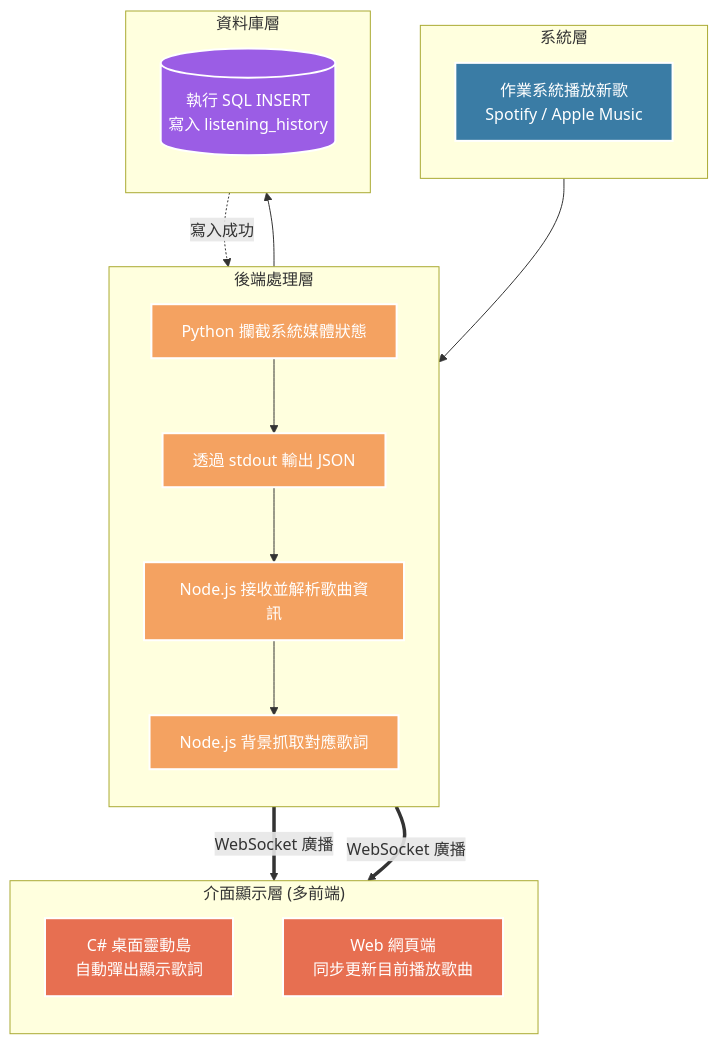
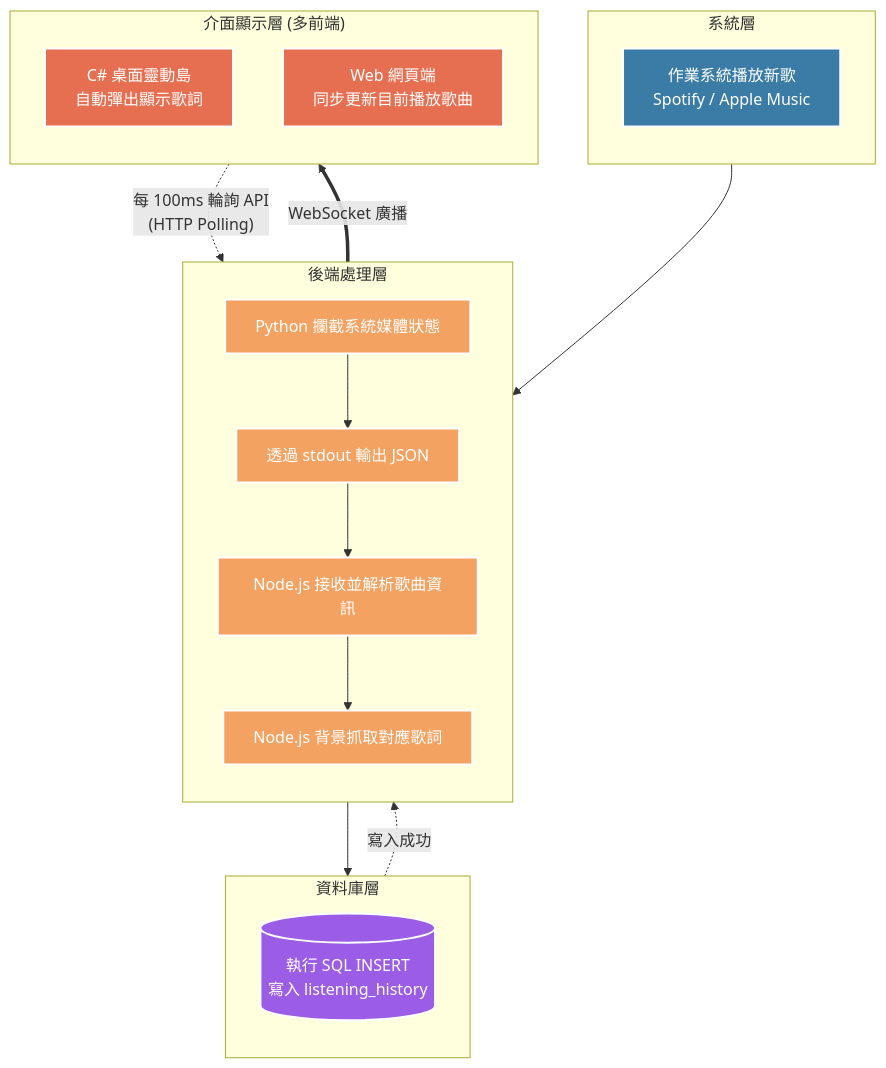
Before and after one commit to bensionfang/Kanaric: the second of 5 diagrams in README.md, drawn with Mermaid. The commit also changed other lines of this file, not shown here.

Commit message:
docs: clarify that web app uses HTTP polling while island uses websocket

````diff
--- a/README.md
+++ b/README.md
@@ -61,40 +61,40 @@
 ```mermaid
 flowchart TD
     classDef frontend fill:#3a7ca5,stroke:#fff,stroke-width:2px,color:#fff
     classDef backend fill:#f4a261,stroke:#fff,stroke-width:2px,color:#fff
     classDef database fill:#9b5de5,stroke:#fff,stroke-width:2px,color:#fff
     classDef display fill:#e76f51,stroke:#fff,stroke-width:2px,color:#fff
 
     subgraph OS ["系統層"]
         direction TB
         Start["作業系統播放新歌<br>Spotify / Apple Music"]:::frontend
     end
 
     subgraph Backend ["後端處理層"]
         direction TB
         Py["Python 攔截系統媒體狀態"]:::backend
         PyJSON["透過 stdout 輸出 JSON"]:::backend
         Node["Node.js 接收並解析歌曲資訊"]:::backend
         Fetch["Node.js 背景抓取對應歌詞"]:::backend
     end
 
     subgraph DB ["資料庫層"]
         direction TB
         InsertSQL[("執行 SQL INSERT<br>寫入 listening_history")]:::database
     end
 
     subgraph UI ["介面顯示層 (多前端)"]
         direction TB
         Island["C# 桌面靈動島<br>自動彈出顯示歌詞"]:::display
         WebApp["Web 網頁端<br>同步更新目前播放歌曲"]:::display
     end
 
     Start --> Py
     Py --> PyJSON
     PyJSON --> Node
     Node --> Fetch
     Fetch --> InsertSQL
     InsertSQL -. "寫入成功" .-> Node
     Node == "WebSocket 廣播" ==> Island
-    Node == "WebSocket 廣播" ==> WebApp
+    WebApp -. "每 100ms 輪詢 API<br>(HTTP Polling)" .-> Node
 ```
````
